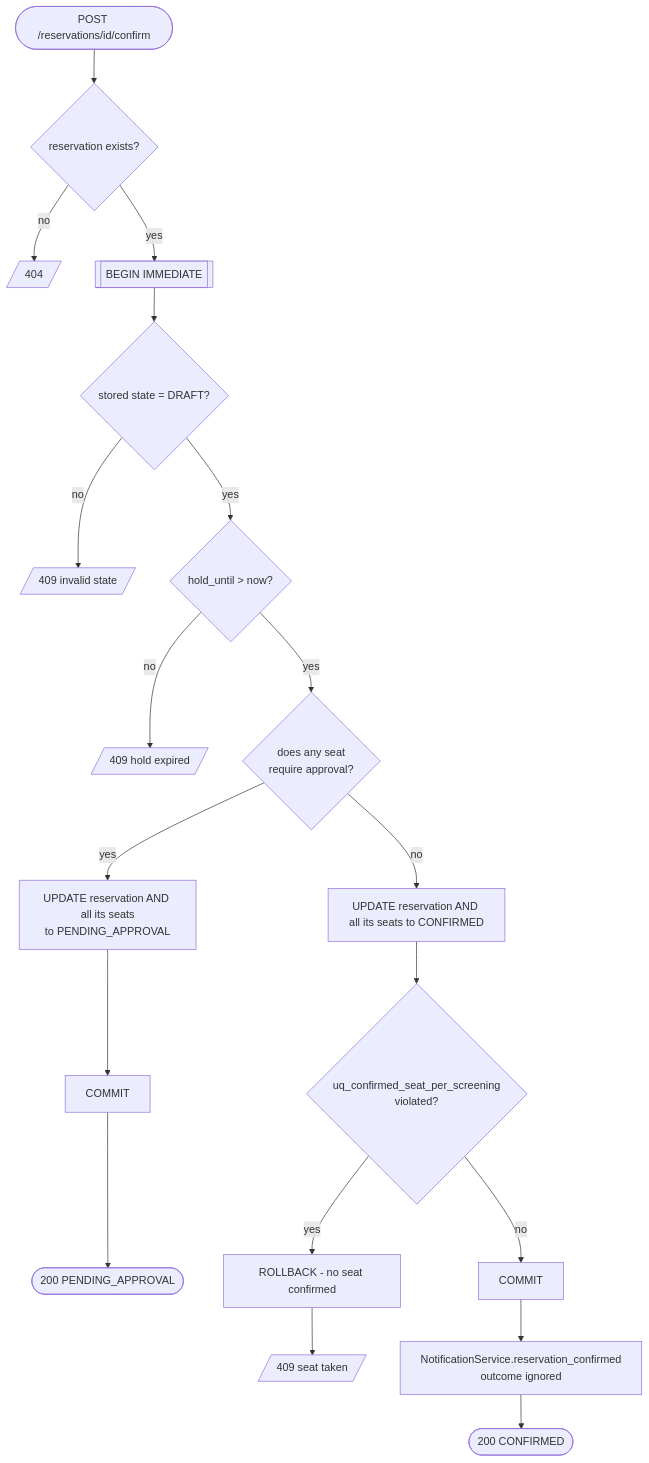
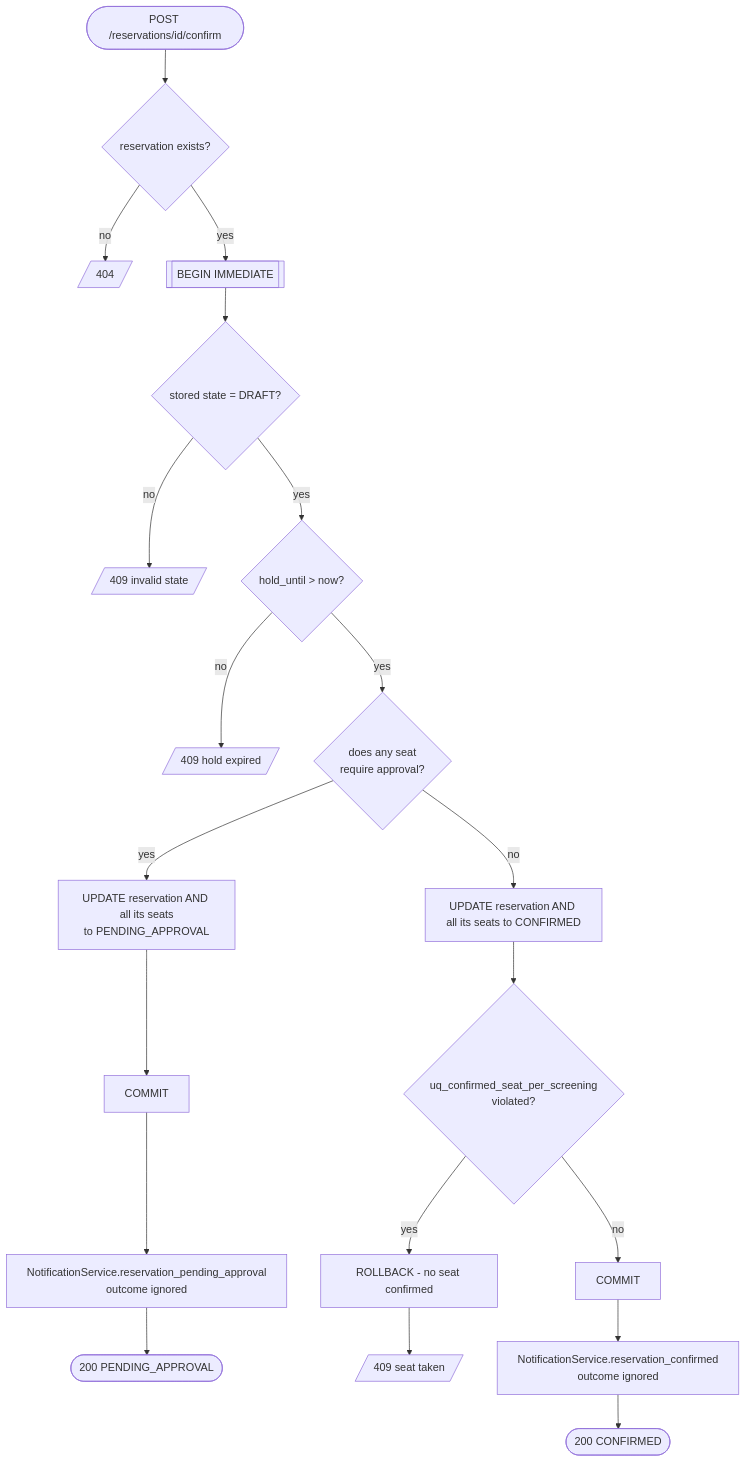
Before and after one commit to SerpentSide/SWI_Projekt: the fifth of 7 diagrams in docs/diagrams.md, drawn with Mermaid. The commit also changed other lines of this file and 7 other files, not shown here.

````diff
--- a/docs/diagrams.md
+++ b/docs/diagrams.md
@@ -144,21 +144,22 @@
 ```mermaid
 flowchart TD
     start([POST /reservations/id/confirm]) --> r{reservation exists?}
     r -- no --> e404[/404/]
     r -- yes --> tx[[BEGIN IMMEDIATE]]
     tx --> d{stored state = DRAFT?}
     d -- no --> e409a[/409 invalid state/]
     d -- yes --> hold{hold_until > now?}
     hold -- no --> e409b[/409 hold expired/]
     hold -- yes --> ap{does any seat<br/>require approval?}
     ap -- yes --> pend[UPDATE reservation AND all its seats<br/>to PENDING_APPROVAL]
     pend --> commitp[COMMIT]
-    commitp --> okp([200 PENDING_APPROVAL])
+    commitp --> notifyp[NotificationService.reservation_pending_approval<br/>outcome ignored]
+    notifyp --> okp([200 PENDING_APPROVAL])
     ap -- no --> upd[UPDATE reservation AND all its seats to CONFIRMED]
     upd --> uq{uq_confirmed_seat_per_screening<br/>violated?}
     uq -- yes --> rb[ROLLBACK - no seat confirmed]
     rb --> e409c[/409 seat taken/]
     uq -- no --> commit[COMMIT]
     commit --> notify[NotificationService.reservation_confirmed<br/>outcome ignored]
     notify --> ok([200 CONFIRMED])
 ```
````
